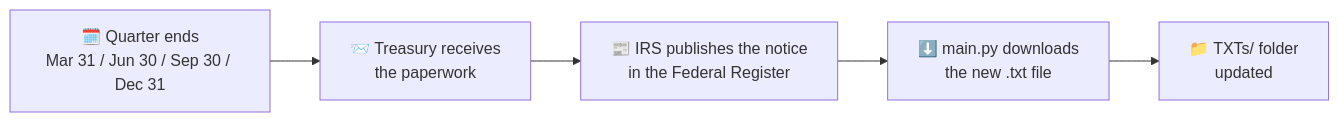
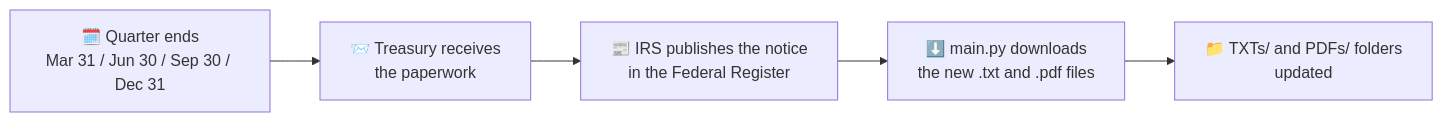
One commit to CoreData-Labs/usa-quarterly-expatriation-list changed the first of 17 diagrams in README.md. Above: the diagram before and after it, drawn with Mermaid. The commit also changed other lines of this file, not shown here.

First line of the commit message:
Enhance README with PDF inclusion and downloader details

````diff
--- a/README.md
+++ b/README.md
@@ -69,7 +70,7 @@
 ```mermaid
 flowchart LR
     A["🗓️ Quarter ends<br/>Mar 31 / Jun 30 / Sep 30 / Dec 31"] --> B["📨 Treasury receives<br/>the paperwork"]
     B --> C["📰 IRS publishes the notice<br/>in the Federal Register"]
-    C --> D["⬇️ main.py downloads<br/>the new .txt file"]
-    D --> E["📁 TXTs/ folder<br/>updated"]
+    C --> D["⬇️ main.py downloads<br/>the new .txt and .pdf files"]
+    D --> E["📁 TXTs/ and PDFs/ folders<br/>updated"]
 ```
````
